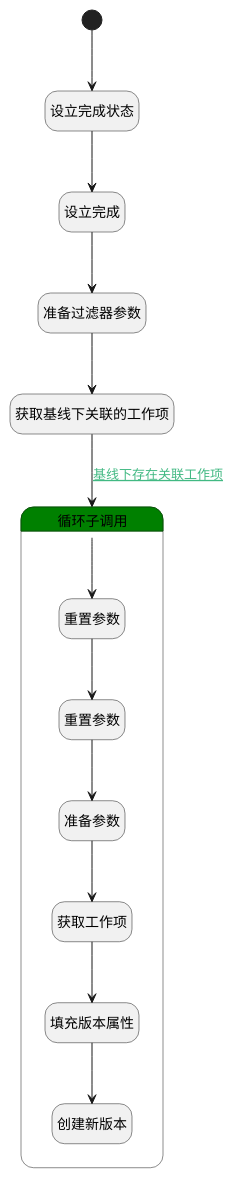
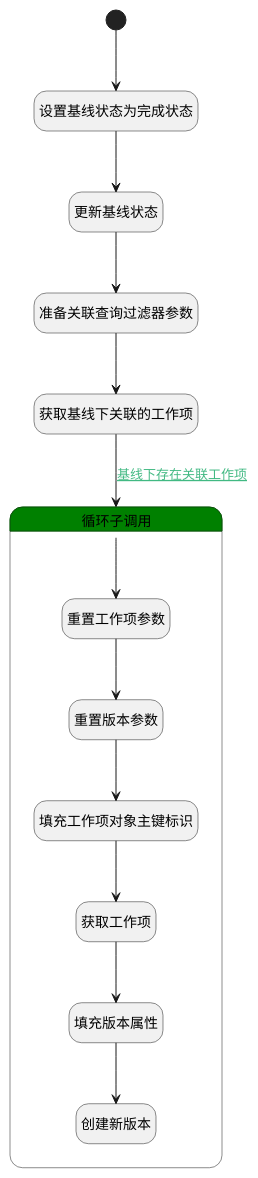
The diagram in doc/docsify/module/Base/baseline/logic/set_complete_project.md (iBizLab/plm), drawn with PlantUML before and after one commit. The commit also changed other lines of this file and 1068 other files, not shown here.

````diff
--- a/doc/docsify/module/Base/baseline/logic/set_complete_project.md
+++ b/doc/docsify/module/Base/baseline/logic/set_complete_project.md
@@ -7,40 +7,40 @@
 ```plantuml
 @startuml
 hide empty description
 <style>
 root {
   HyperlinkColor #42b983
 }
 </style>
 
 hide empty description
 state "开始" as Begin <<start>> [[$./set_complete_project#begin {"开始"}]]
-state "设立完成状态" as PREPAREPARAM1  [[$./set_complete_project#prepareparam1 {"设立完成状态"}]]
-state "设立完成" as DEACTION1  [[$./set_complete_project#deaction1 {"设立完成"}]]
-state "准备过滤器参数" as PREPAREPARAM2  [[$./set_complete_project#prepareparam2 {"准备过滤器参数"}]]
+state "设置基线状态为完成状态" as PREPAREPARAM1  [[$./set_complete_project#prepareparam1 {"设置基线状态为完成状态"}]]
+state "更新基线状态" as DEACTION1  [[$./set_complete_project#deaction1 {"更新基线状态"}]]
+state "准备关联查询过滤器参数" as PREPAREPARAM2  [[$./set_complete_project#prepareparam2 {"准备关联查询过滤器参数"}]]
 state "获取基线下关联的工作项" as DEDATASET1  [[$./set_complete_project#dedataset1 {"获取基线下关联的工作项"}]]
 state "循环子调用" as LOOPSUBCALL1  [[$./set_complete_project#loopsubcall1 {"循环子调用"}]] #green {
-state "重置参数" as RESETPARAM1  [[$./set_complete_project#resetparam1 {"重置参数"}]]
-state "重置参数" as RESETPARAM2  [[$./set_complete_project#resetparam2 {"重置参数"}]]
-state "准备参数" as PREPAREPARAM3  [[$./set_complete_project#prepareparam3 {"准备参数"}]]
+state "重置工作项参数" as RESETPARAM1  [[$./set_complete_project#resetparam1 {"重置工作项参数"}]]
+state "重置版本参数" as RESETPARAM2  [[$./set_complete_project#resetparam2 {"重置版本参数"}]]
+state "填充工作项对象主键标识" as PREPAREPARAM3  [[$./set_complete_project#prepareparam3 {"填充工作项对象主键标识"}]]
 state "获取工作项" as DEACTION2  [[$./set_complete_project#deaction2 {"获取工作项"}]]
 state "填充版本属性" as PREPAREPARAM4  [[$./set_complete_project#prepareparam4 {"填充版本属性"}]]
 state "创建新版本" as DEACTION3  [[$./set_complete_project#deaction3 {"创建新版本"}]]
 }
 
 
 Begin --> PREPAREPARAM1
 PREPAREPARAM1 --> DEACTION1
 DEACTION1 --> PREPAREPARAM2
 PREPAREPARAM2 --> DEDATASET1
 DEDATASET1 --> LOOPSUBCALL1 : [[$./set_complete_project#dedataset1-loopsubcall1{基线下存在关联工作项} 基线下存在关联工作项]]
 LOOPSUBCALL1 --> RESETPARAM1
 RESETPARAM1 --> RESETPARAM2
 RESETPARAM2 --> PREPAREPARAM3
 PREPAREPARAM3 --> DEACTION2
 DEACTION2 --> PREPAREPARAM4
 PREPAREPARAM4 --> DEACTION3
 
 
 @enduml
 ```
````
